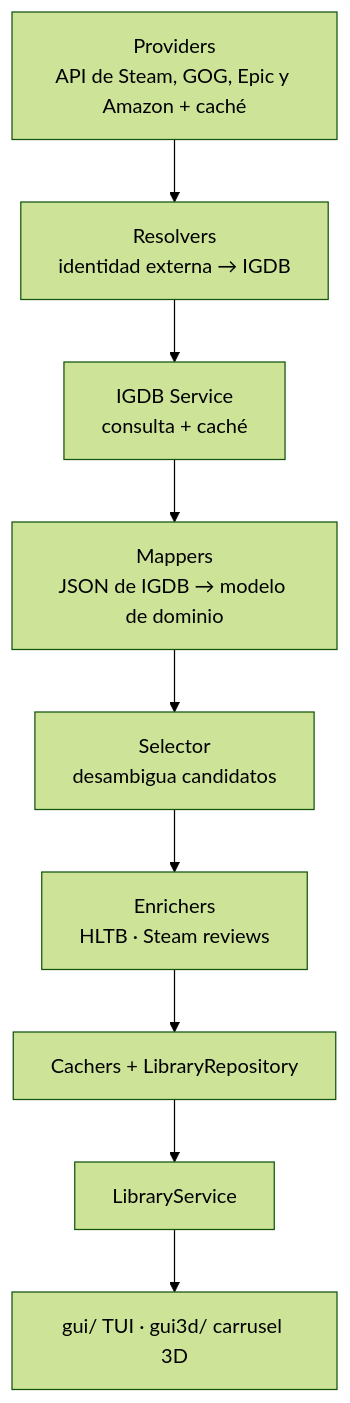
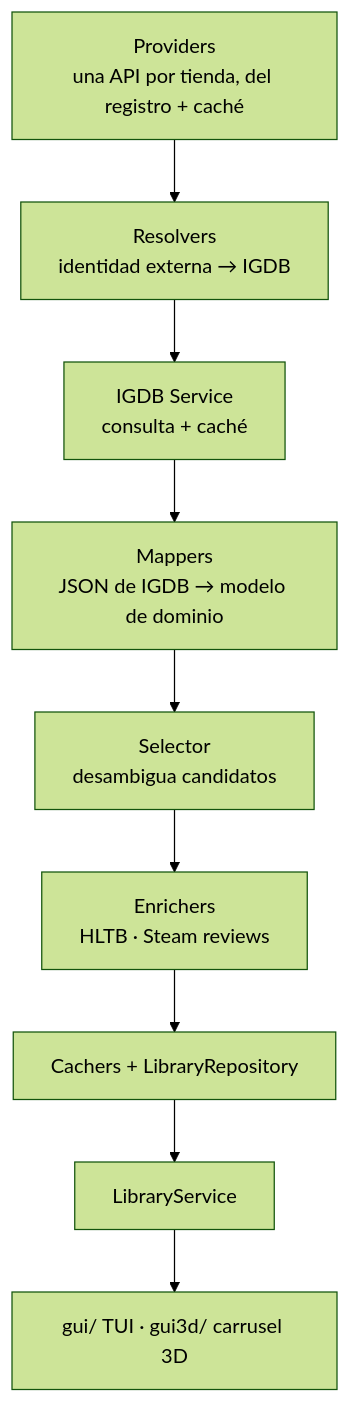
The diagram in arquitectura.md (FranjeGueje/puntueitor), drawn with Mermaid (forest theme) before and after one commit. The commit also changed other lines of this file and 23 other files, not shown here.

````diff
--- a/arquitectura.md
+++ b/arquitectura.md
@@ -73,11 +73,11 @@
 ```mermaid
 graph TD
-    A[Providers<br>API de Steam, GOG, Epic y Amazon + caché] --> B[Resolvers<br>identidad externa → IGDB]
+    A[Providers<br>una API por tienda, del registro + caché] --> B[Resolvers<br>identidad externa → IGDB]
     B --> C[IGDB Service<br>consulta + caché]
     C --> D[Mappers<br>JSON de IGDB → modelo de dominio]
     D --> E[Selector<br>desambigua candidatos]
     E --> F[Enrichers<br>HLTB · Steam reviews]
     F --> G[Cachers + LibraryRepository]
     G --> H[LibraryService]
     H --> I[gui/ TUI · gui3d/ carrusel 3D]
 ```
````
